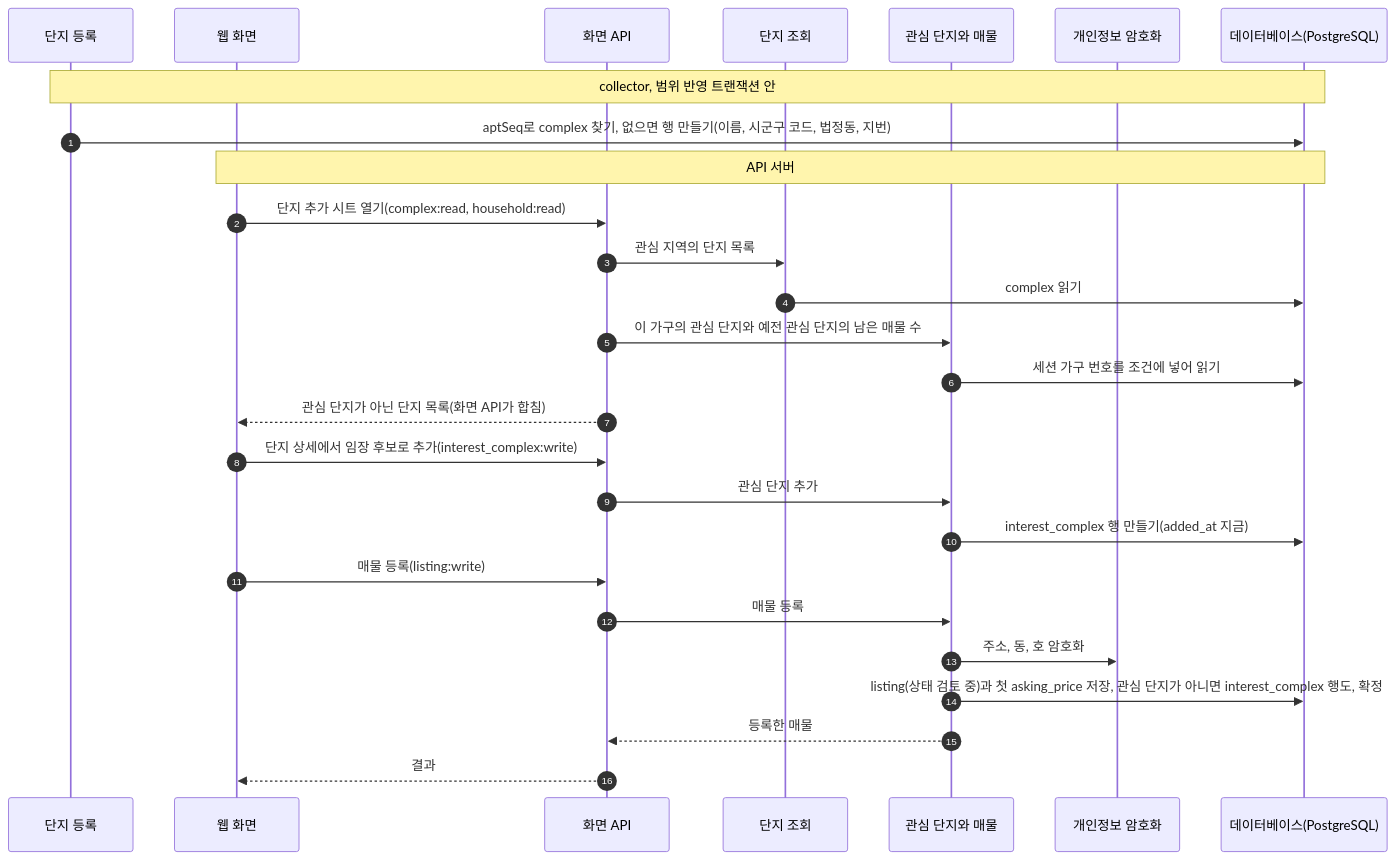
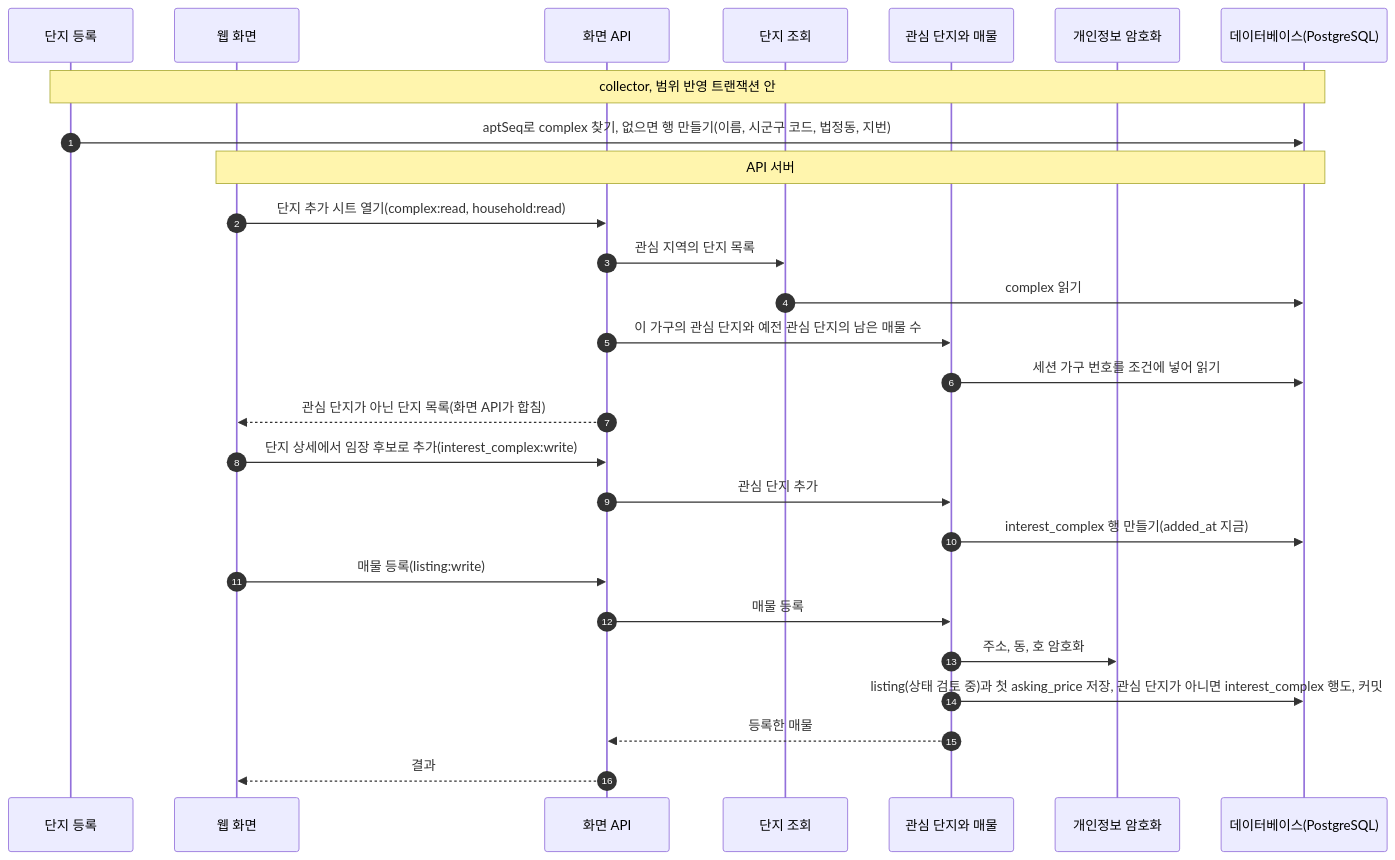
Before and after one commit to Park-Seung-Hun/real-estate: diagram 11 of 12 in docs/architecture/flows.md, drawn with Mermaid. The commit also changed other lines of this file and 22 other files, not shown here.

````diff
--- a/docs/architecture/flows.md
+++ b/docs/architecture/flows.md
@@ -504,30 +512,30 @@
 ```mermaid
 sequenceDiagram
   autonumber
   participant reg as 단지 등록
   participant web as 웹 화면
   participant api as 화면 API
   participant complexQ as 단지 조회
   participant listing as 관심 단지와 매물
   participant crypto as 개인정보 암호화
   participant db as 데이터베이스(PostgreSQL)
 
   Note over reg,db: collector, 범위 반영 트랜잭션 안
   reg->>db: aptSeq로 complex 찾기, 없으면 행 만들기(이름, 시군구 코드, 법정동, 지번)
   Note over web,db: API 서버
   web->>api: 단지 추가 시트 열기(complex:read, household:read)
   api->>complexQ: 관심 지역의 단지 목록
   complexQ->>db: complex 읽기
   api->>listing: 이 가구의 관심 단지와 예전 관심 단지의 남은 매물 수
   listing->>db: 세션 가구 번호를 조건에 넣어 읽기
   api-->>web: 관심 단지가 아닌 단지 목록(화면 API가 합침)
   web->>api: 단지 상세에서 임장 후보로 추가(interest_complex:write)
   api->>listing: 관심 단지 추가
   listing->>db: interest_complex 행 만들기(added_at 지금)
   web->>api: 매물 등록(listing:write)
   api->>listing: 매물 등록
   listing->>crypto: 주소, 동, 호 암호화
-  listing->>db: listing(상태 검토 중)과 첫 asking_price 저장, 관심 단지가 아니면 interest_complex 행도, 확정
+  listing->>db: listing(상태 검토 중)과 첫 asking_price 저장, 관심 단지가 아니면 interest_complex 행도, 커밋
   listing-->>api: 등록한 매물
   api-->>web: 결과
 ```
````
